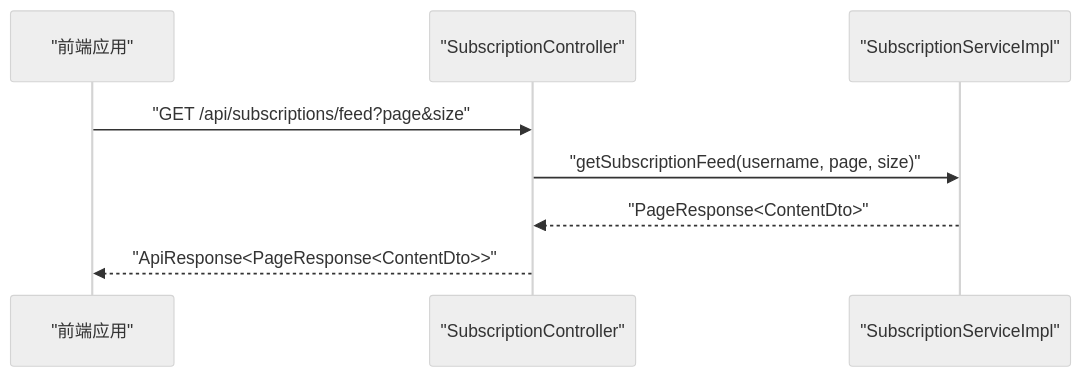
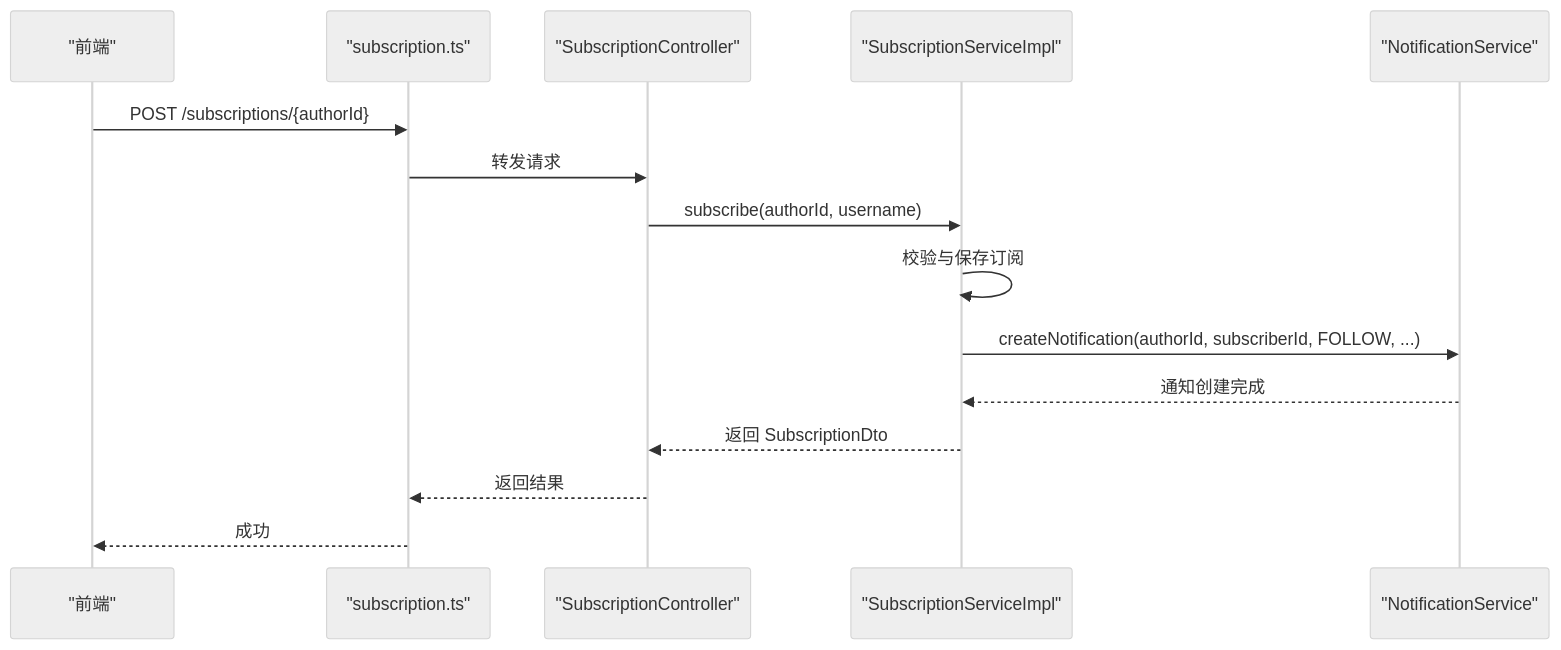
The sixth of 8 diagrams in .qoder/repowiki/zh/content/订阅系统.md (koala-xiong/communication-qoder), drawn with Mermaid (neutral theme) before and after one commit. The commit also changed other lines of this file and 73 other files, not shown here.

````diff
--- a/.qoder/repowiki/zh/content/订阅系统.md
+++ b/.qoder/repowiki/zh/content/订阅系统.md
@@ -292,10 +260,17 @@
 ```mermaid
 sequenceDiagram
-participant FE as "前端应用"
-participant API as "SubscriptionController"
-participant SVC as "SubscriptionServiceImpl"
-FE->>API : "GET /api/subscriptions/feed?page&size"
-API->>SVC : "getSubscriptionFeed(username, page, size)"
-SVC-->>API : "PageResponse<ContentDto>"
-API-->>FE : "ApiResponse<PageResponse<ContentDto>>"
+participant FE as "前端"
+participant API as "subscription.ts"
+participant Ctrl as "SubscriptionController"
+participant Svc as "SubscriptionServiceImpl"
+participant Noti as "NotificationService"
+FE->>API : POST /subscriptions/{authorId}
+API->>Ctrl : 转发请求
+Ctrl->>Svc : subscribe(authorId, username)
+Svc->>Svc : 校验与保存订阅
+Svc->>Noti : createNotification(authorId, subscriberId, FOLLOW, ...)
+Noti-->>Svc : 通知创建完成
+Svc-->>Ctrl : 返回 SubscriptionDto
+Ctrl-->>API : 返回结果
+API-->>FE : 成功
 ```
````
